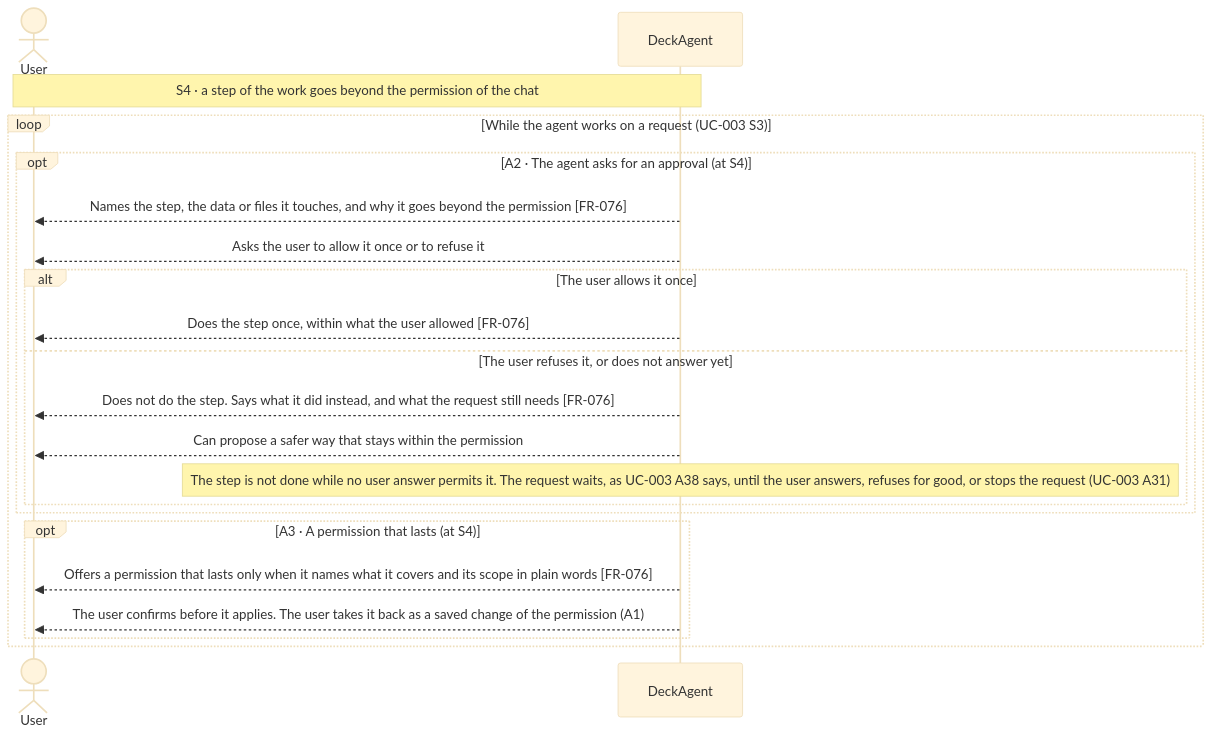
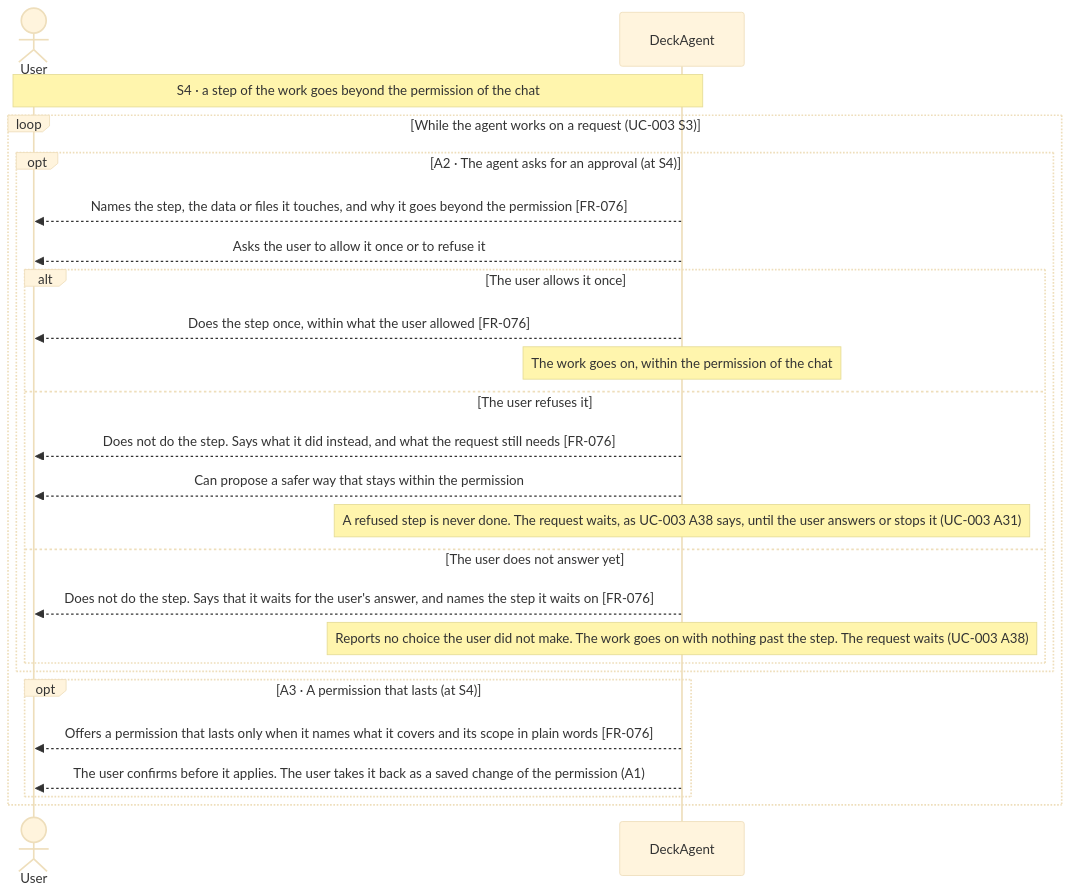
Before and after one commit to Luke23127006/DeckAgent: the second of 2 diagrams in docs/spec/03-use-cases/UC-014.md, drawn with Mermaid (base theme). The commit also changed other lines of this file and 19 other files, not shown here.

Commit message:
docs(spec): fix permission boundary, diagram branches and spec cleanup

````diff
--- a/docs/spec/03-use-cases/UC-014.md
+++ b/docs/spec/03-use-cases/UC-014.md
@@ -60,23 +62,27 @@
 ```mermaid
 sequenceDiagram
     actor User
     participant DeckAgent
     Note over User,DeckAgent: S4 · a step of the work goes beyond the permission of the chat
     loop While the agent works on a request (UC-003 S3)
         opt A2 · The agent asks for an approval (at S4)
             DeckAgent-->>User: Names the step, the data or files it touches, and why it goes beyond the permission [FR-076]
             DeckAgent-->>User: Asks the user to allow it once or to refuse it
             alt The user allows it once
                 DeckAgent-->>User: Does the step once, within what the user allowed [FR-076]
-            else The user refuses it, or does not answer yet
+                note over DeckAgent: The work goes on, within the permission of the chat
+            else The user refuses it
                 DeckAgent-->>User: Does not do the step. Says what it did instead, and what the request still needs [FR-076]
                 DeckAgent-->>User: Can propose a safer way that stays within the permission
-                note over DeckAgent: The step is not done while no user answer permits it. The request waits, as UC-003 A38 says, until the user answers, refuses for good, or stops the request (UC-003 A31)
+                note over DeckAgent: A refused step is never done. The request waits, as UC-003 A38 says, until the user answers or stops it (UC-003 A31)
+            else The user does not answer yet
+                DeckAgent-->>User: Does not do the step. Says that it waits for the user's answer, and names the step it waits on [FR-076]
+                note over DeckAgent: Reports no choice the user did not make. The work goes on with nothing past the step. The request waits (UC-003 A38)
             end
         end
         opt A3 · A permission that lasts (at S4)
             DeckAgent-->>User: Offers a permission that lasts only when it names what it covers and its scope in plain words [FR-076]
             DeckAgent-->>User: The user confirms before it applies. The user takes it back as a saved change of the permission (A1)
         end
     end
 ```
````
